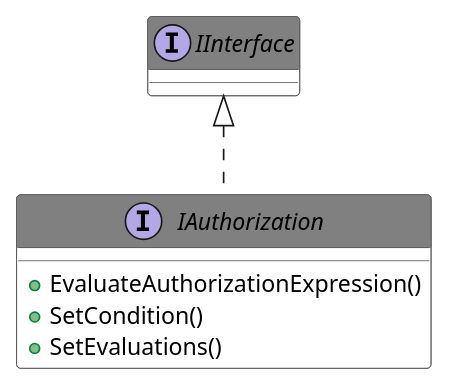
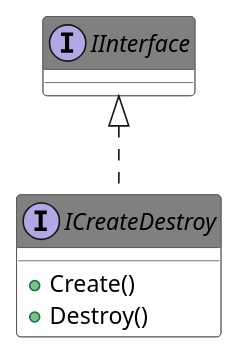
The diagram in Source/Antidoc-Output/Includes/017.adoc (PatriekBruins/TriekselsoftApplicationFramework), drawn with PlantUML before and after one commit. The commit also changed other lines of this file and 692 other files, not shown here.

```diff
--- a/Source/Antidoc-Output/Includes/017.adoc
+++ b/Source/Antidoc-Output/Includes/017.adoc
@@ -8,24 +8,23 @@
 [plantuml, format="svg", align="center"]
 ....
 @startuml
 set namespaceSeparator :
 skinparam ClassBackgroundColor #FFFFFF
 skinparam ClassBorderColor #555555
 skinparam ClassFontColor #000000
 skinparam ClassHeaderBackgroundColor #808080
 
 skinparam top to bottom direction
-interface "IAuthorization" {
-{method} +EvaluateAuthorizationExpression()
-{method} +SetCondition()
-{method} +SetEvaluations()
+interface "ICreateDestroy" {
+{method} +Create()
+{method} +Destroy()
 
 }
-"IInterface" <|.. "IAuthorization"
+"IInterface" <|.. "ICreateDestroy"
 interface "IInterface" {}
 
 
 
 
 @enduml
 ....
```
